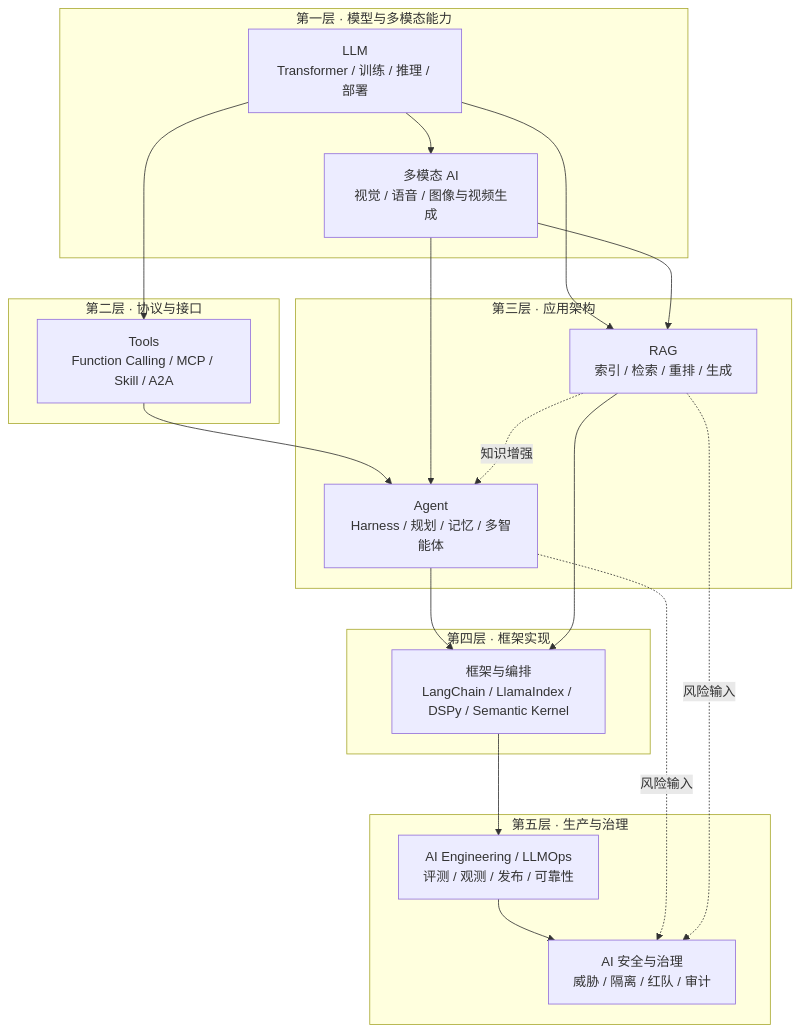
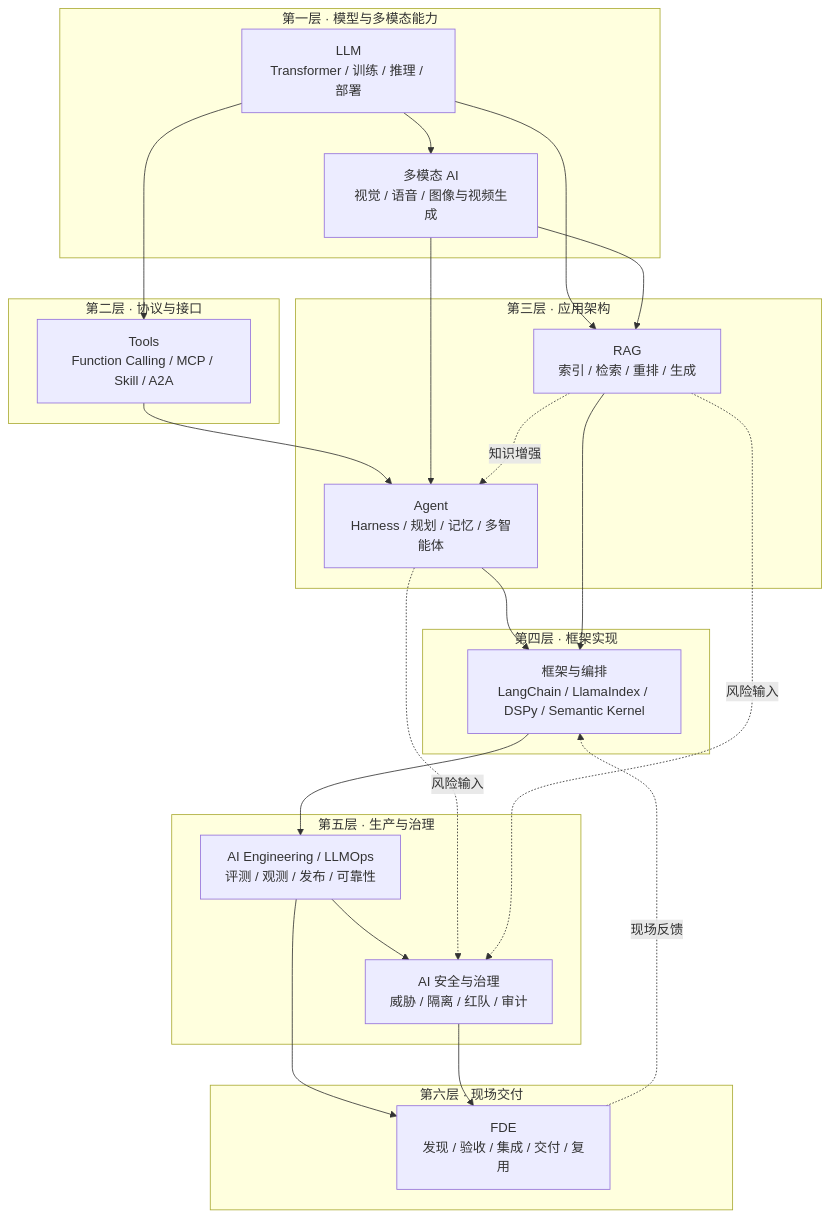
The diagram in docs/README.md (oneleaveknowsthefall/awesome-ai-roadmap), drawn with Mermaid before and after one commit. The commit also changed other lines of this file and 6 other files, not shown here.

````diff
--- a/docs/README.md
+++ b/docs/README.md
@@ -9,39 +9,46 @@
 ```mermaid
 flowchart TB
     subgraph L1["第一层 · 模型与多模态能力"]
         LLM["LLM<br/>Transformer / 训练 / 推理 / 部署"]
         MM["多模态 AI<br/>视觉 / 语音 / 图像与视频生成"]
     end
 
     subgraph L2["第二层 · 协议与接口"]
         TOOLS["Tools<br/>Function Calling / MCP / Skill / A2A"]
     end
 
     subgraph L3["第三层 · 应用架构"]
         AGENT["Agent<br/>Harness / 规划 / 记忆 / 多智能体"]
         RAG["RAG<br/>索引 / 检索 / 重排 / 生成"]
     end
 
     subgraph L4["第四层 · 框架实现"]
         FW["框架与编排<br/>LangChain / LlamaIndex / DSPy / Semantic Kernel"]
     end
 
     subgraph L5["第五层 · 生产与治理"]
         ENG["AI Engineering / LLMOps<br/>评测 / 观测 / 发布 / 可靠性"]
         SAFE["AI 安全与治理<br/>威胁 / 隔离 / 红队 / 审计"]
     end
 
+    subgraph L6["第六层 · 现场交付"]
+        FDE["FDE<br/>发现 / 验收 / 集成 / 交付 / 复用"]
+    end
+
     LLM --> MM
     LLM --> TOOLS
     TOOLS --> AGENT
     LLM --> RAG
     MM --> AGENT
     MM --> RAG
     AGENT --> FW
     RAG --> FW
     FW --> ENG
     ENG --> SAFE
+    ENG --> FDE
+    SAFE --> FDE
+    FDE -.现场反馈.-> FW
     AGENT -.风险输入.-> SAFE
     RAG -.风险输入.-> SAFE
     RAG -.知识增强.-> AGENT
 ```
````
